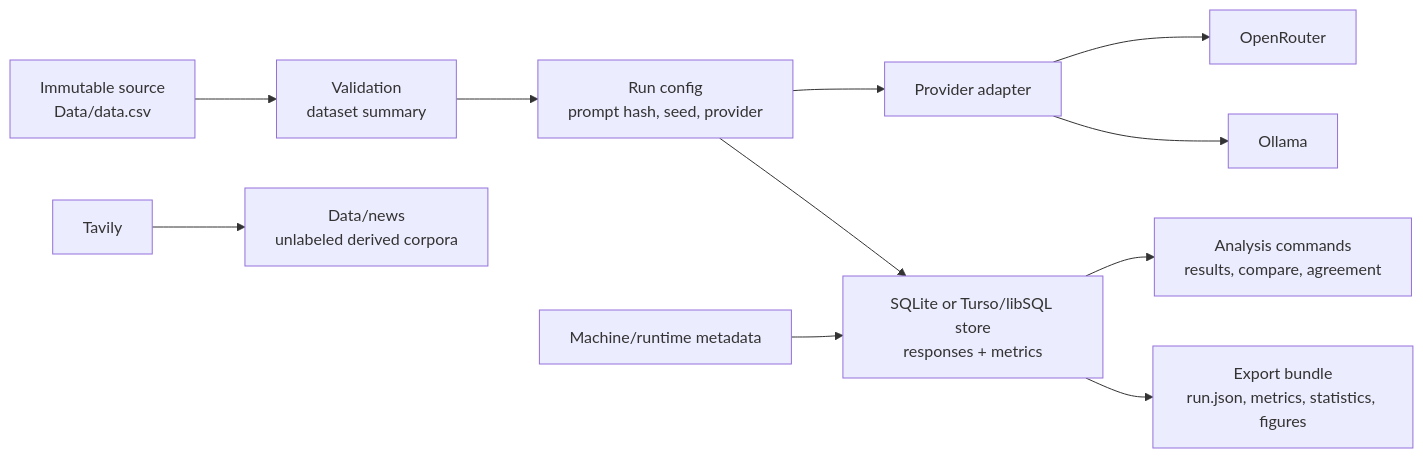
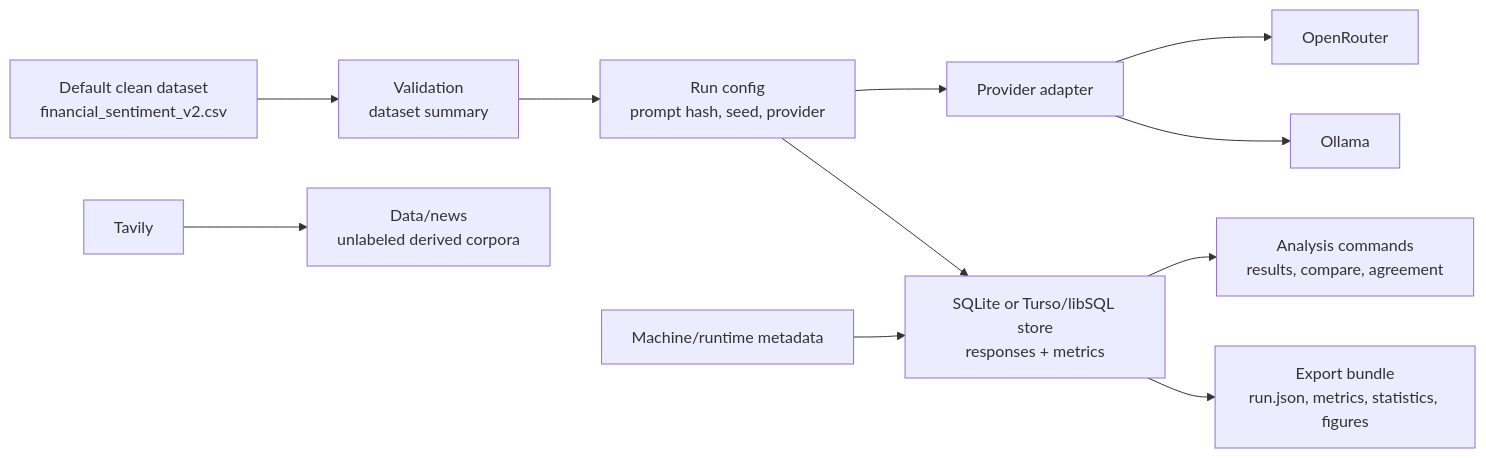
The diagram in docs/architecture.md (PeterLP123/Sentiment_Dissertation), drawn with Mermaid before and after one commit. The commit also changed other lines of this file and 20 other files, not shown here.

Commit message:
Dataset default changed

````diff
--- a/docs/architecture.md
+++ b/docs/architecture.md
@@ -17,13 +17,13 @@
 ```mermaid
 flowchart LR
-    D["Immutable source<br/>Data/data.csv"] --> V["Validation<br/>dataset summary"]
+    D["Default clean dataset<br/>financial_sentiment_v2.csv"] --> V["Validation<br/>dataset summary"]
     V --> R["Run config<br/>prompt hash, seed, provider"]
     R --> P["Provider adapter"]
     P --> O["OpenRouter"]
     P --> L["Ollama"]
     R --> S["SQLite or Turso/libSQL store<br/>responses + metrics"]
     M["Machine/runtime metadata"] --> S
     S --> A["Analysis commands<br/>results, compare, agreement"]
     S --> E["Export bundle<br/>run.json, metrics, statistics, figures"]
     T["Tavily"] --> N["Data/news<br/>unlabeled derived corpora"]
 ```
````
